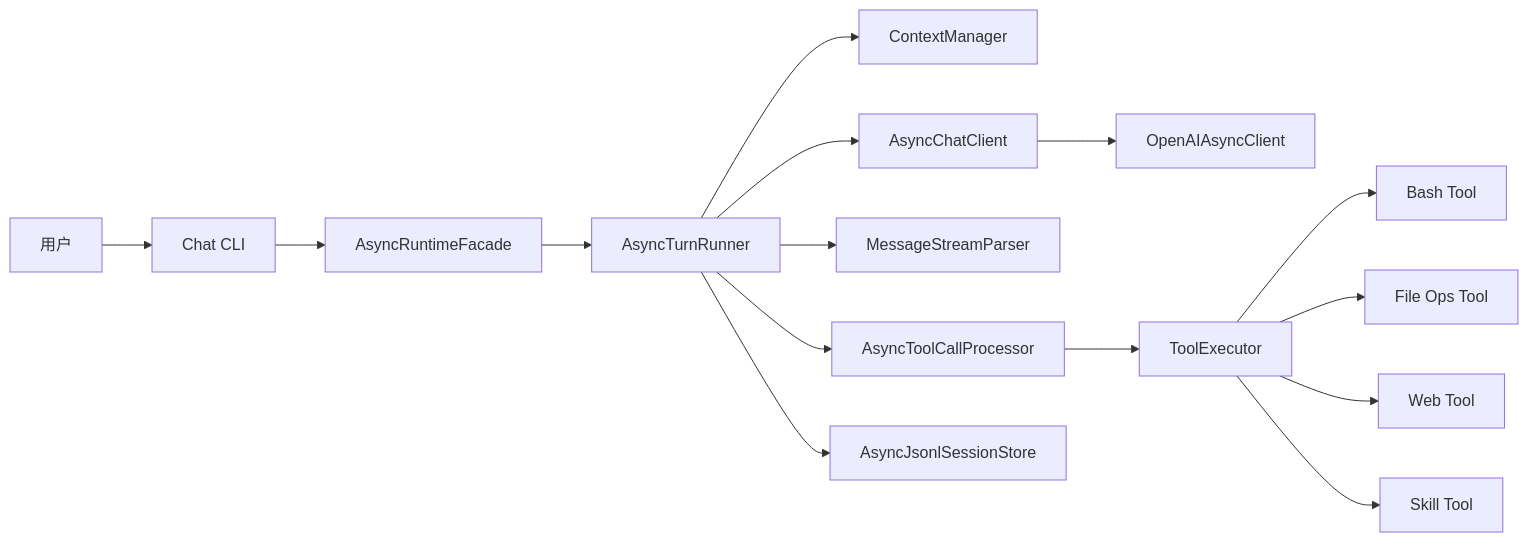
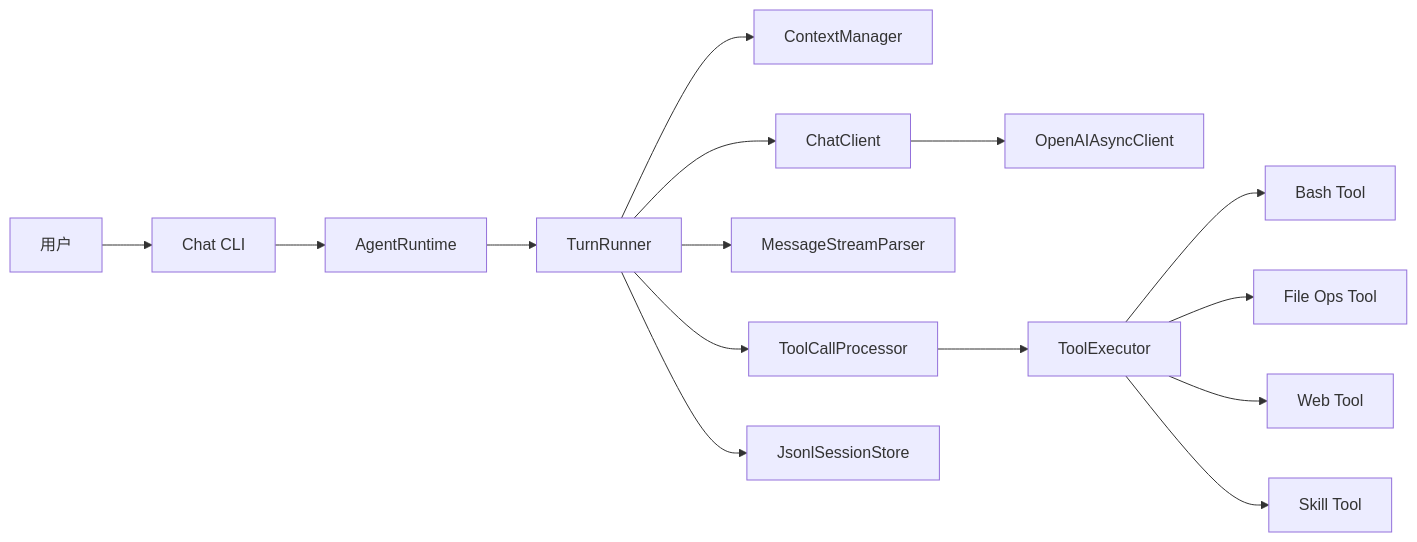
One commit to Azzurroooo/rind changed the third of 4 diagrams in docs/architecture.md. Above: the diagram before and after it, drawn with Mermaid. The commit also changed other lines of this file and 133 other files, not shown here.

````diff
--- a/docs/architecture.md
+++ b/docs/architecture.md
@@ -93,17 +93,17 @@
 ```mermaid
 graph LR
     A[用户] --> B[Chat CLI]
-    B --> C[AsyncRuntimeFacade]
-    C --> D[AsyncTurnRunner]
+    B --> C[AgentRuntime]
+    C --> D[TurnRunner]
     D --> E[ContextManager]
-    D --> F[AsyncChatClient]
+    D --> F[ChatClient]
     F --> G[OpenAIAsyncClient]
     D --> H[MessageStreamParser]
-    D --> I[AsyncToolCallProcessor]
+    D --> I[ToolCallProcessor]
     I --> J[ToolExecutor]
     J --> K[Bash Tool]
     J --> L[File Ops Tool]
     J --> M[Web Tool]
     J --> N[Skill Tool]
-    D --> O[AsyncJsonlSessionStore]
+    D --> O[JsonlSessionStore]
 ```
````
